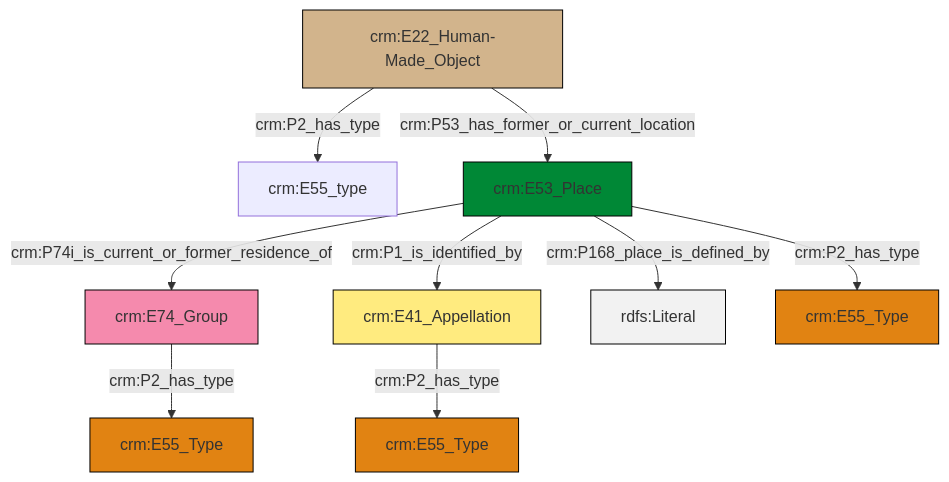
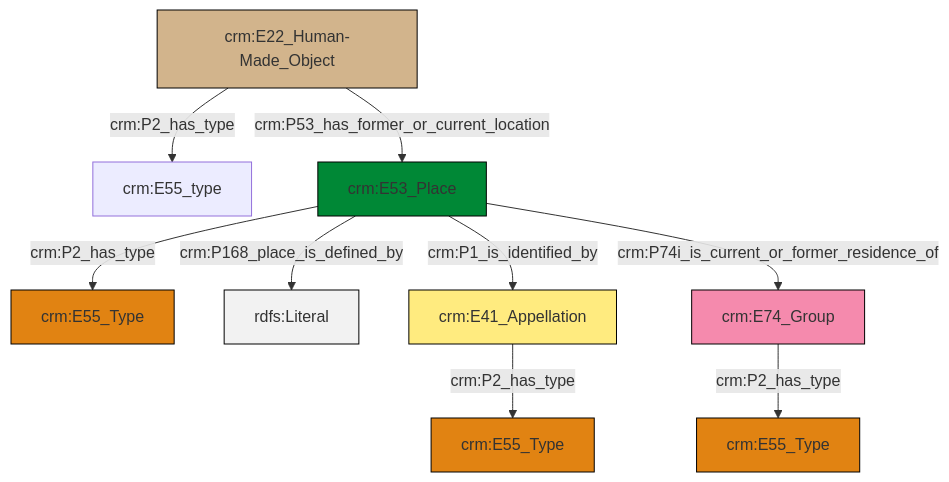
One commit to swiss-art-research-net/docs.swissartresearch changed the diagram in et/artworkCSV/ttl/mmd/Artwork_Location.ttl.mmd. Above: the diagram before and after it, drawn with Mermaid. The commit also changed 179 other files, not shown here.

```diff
--- a/et/artworkCSV/ttl/mmd/Artwork_Location.ttl.mmd
+++ b/et/artworkCSV/ttl/mmd/Artwork_Location.ttl.mmd
@@ -1,23 +1,23 @@
 graph TD
 classDef Literal fill:#f2f2f2,stroke:#000000;
 classDef CRM_Entity fill:#FFFFFF,stroke:#000000;
 classDef Temporal_Entity fill:#00C9E6, stroke:#000000;
 classDef Type fill:#E18312, stroke:#000000;
 classDef Time-Span fill:#2C9C91, stroke:#000000;
 classDef Appellation fill:#FFEB7F, stroke:#000000;
 classDef Place fill:#008836, stroke:#000000;
 classDef Persistent_Item fill:#B266B2, stroke:#000000;
 classDef Conceptual_Object fill:#FFD700, stroke:#000000;
 classDef Physical_Thing fill:#D2B48C, stroke:#000000;
 classDef Actor fill:#f58aad, stroke:#000000;
 classDef PC_Classes fill:#4ce600, stroke:#000000;
 classDef Multi fill:#cccccc,stroke:#000000;
 
-0["crm:E74_Group"]:::Actor -->|crm:P2_has_type| 4["crm:E55_Type"]:::Type
-7["crm:E41_Appellation"]:::Appellation -->|crm:P2_has_type| 9["crm:E55_Type"]:::Type
-10["crm:E53_Place"]:::Place -->|crm:P168_place_is_defined_by| 11[rdfs:Literal]:::Literal
-2["crm:E22_Human-Made_Object"]:::Physical_Thing -->|crm:P2_has_type| 5["crm:E55_type"]:::Default
-2["crm:E22_Human-Made_Object"]:::Physical_Thing -->|crm:P53_has_former_or_current_location| 10["crm:E53_Place"]:::Place
-10["crm:E53_Place"]:::Place -->|crm:P74i_is_current_or_former_residence_of| 0["crm:E74_Group"]:::Actor
-10["crm:E53_Place"]:::Place -->|crm:P2_has_type| 15["crm:E55_Type"]:::Type
-10["crm:E53_Place"]:::Place -->|crm:P1_is_identified_by| 7["crm:E41_Appellation"]:::Appellation
+4["crm:E22_Human-Made_Object"]:::Physical_Thing -->|crm:P2_has_type| 2["crm:E55_type"]:::Default
+8["crm:E53_Place"]:::Place -->|crm:P168_place_is_defined_by| 9[rdfs:Literal]:::Literal
+8["crm:E53_Place"]:::Place -->|crm:P1_is_identified_by| 11["crm:E41_Appellation"]:::Appellation
+11["crm:E41_Appellation"]:::Appellation -->|crm:P2_has_type| 12["crm:E55_Type"]:::Type
+4["crm:E22_Human-Made_Object"]:::Physical_Thing -->|crm:P53_has_former_or_current_location| 8["crm:E53_Place"]:::Place
+8["crm:E53_Place"]:::Place -->|crm:P2_has_type| 5["crm:E55_Type"]:::Type
+8["crm:E53_Place"]:::Place -->|crm:P74i_is_current_or_former_residence_of| 16["crm:E74_Group"]:::Actor
+16["crm:E74_Group"]:::Actor -->|crm:P2_has_type| 0["crm:E55_Type"]:::Type
```
